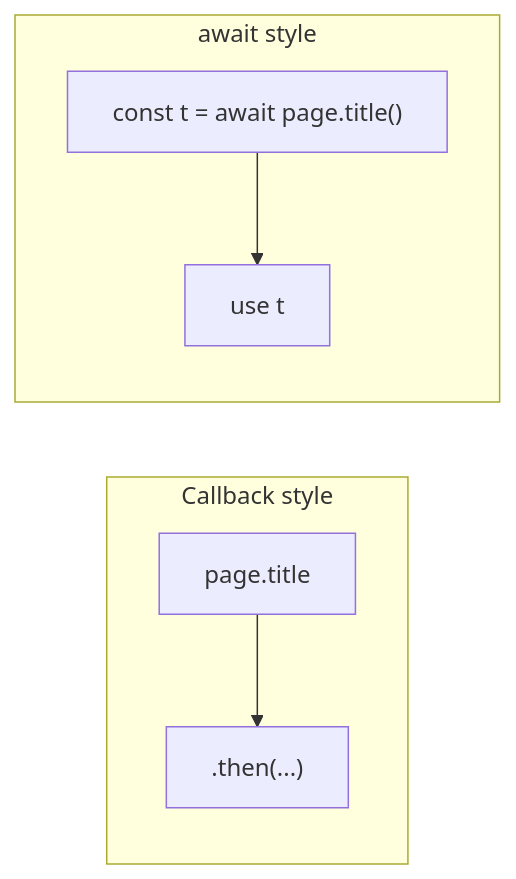
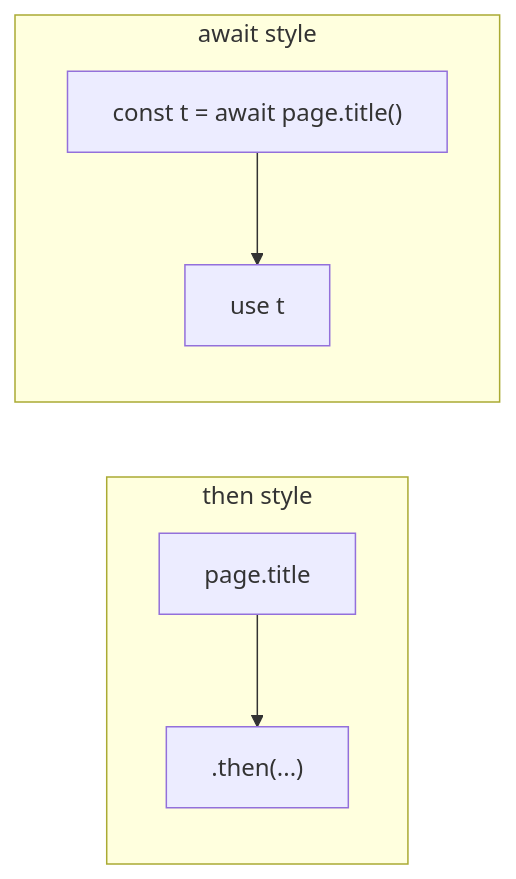
Before and after one commit to veeresh-bikkaneti/techtalkwith-veeresh: the second of 4 diagrams in _posts/2026-07-10-playwright-typescript-beginner-to-timeouts.md, drawn with Mermaid. The commit also changed other lines of this file and 3 other files, not shown here.

````diff
--- a/_posts/2026-07-10-playwright-typescript-beginner-to-timeouts.md
+++ b/_posts/2026-07-10-playwright-typescript-beginner-to-timeouts.md
@@ -122,9 +144,9 @@
 ```mermaid
 flowchart LR
-  subgraph old [Callback style]
+  subgraph thenStyle [then style]
     A1[page.title] --> B1[".then(...)"]
   end
   subgraph awaitStyle [await style]
     A2["const t = await page.title()"] --> B2[use t]
   end
 ```
````
